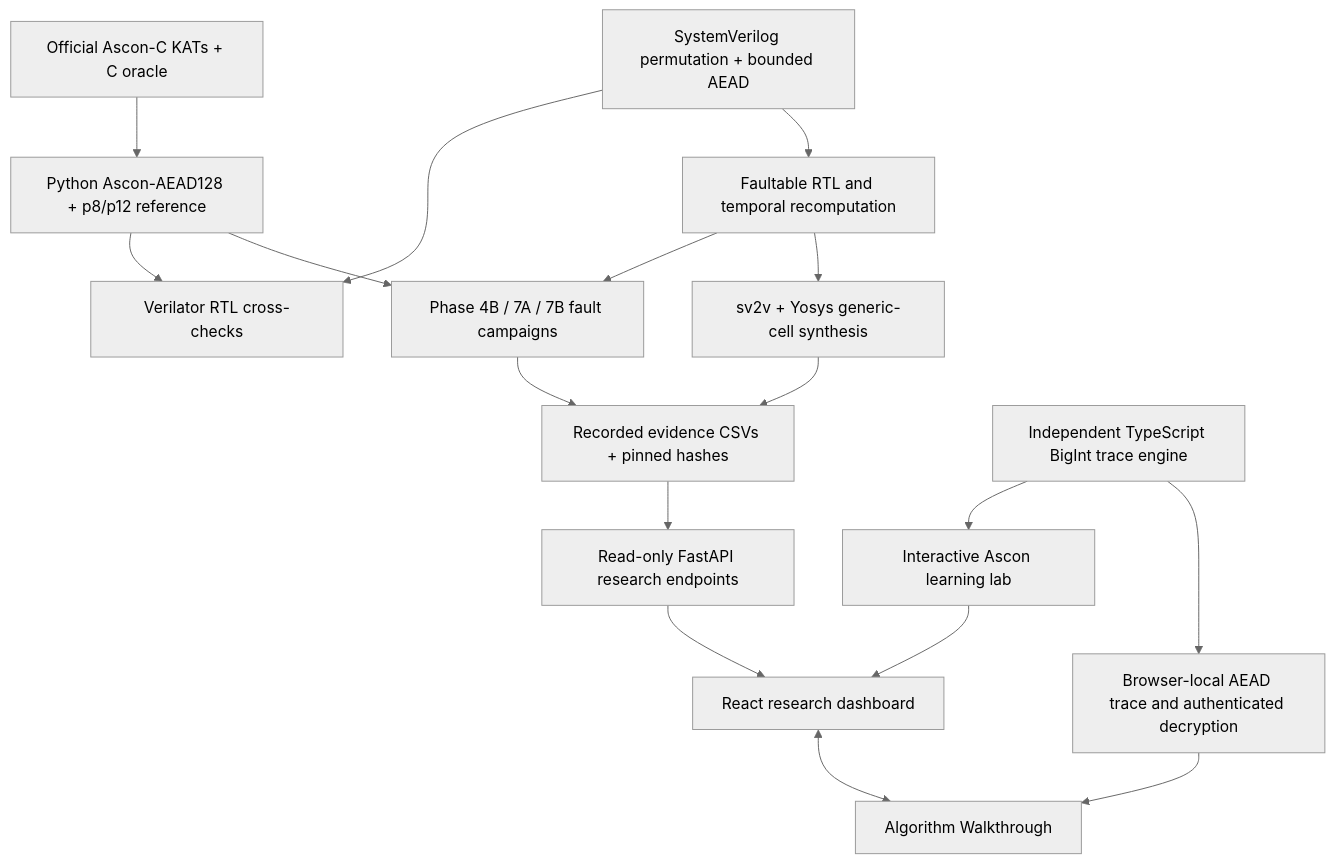
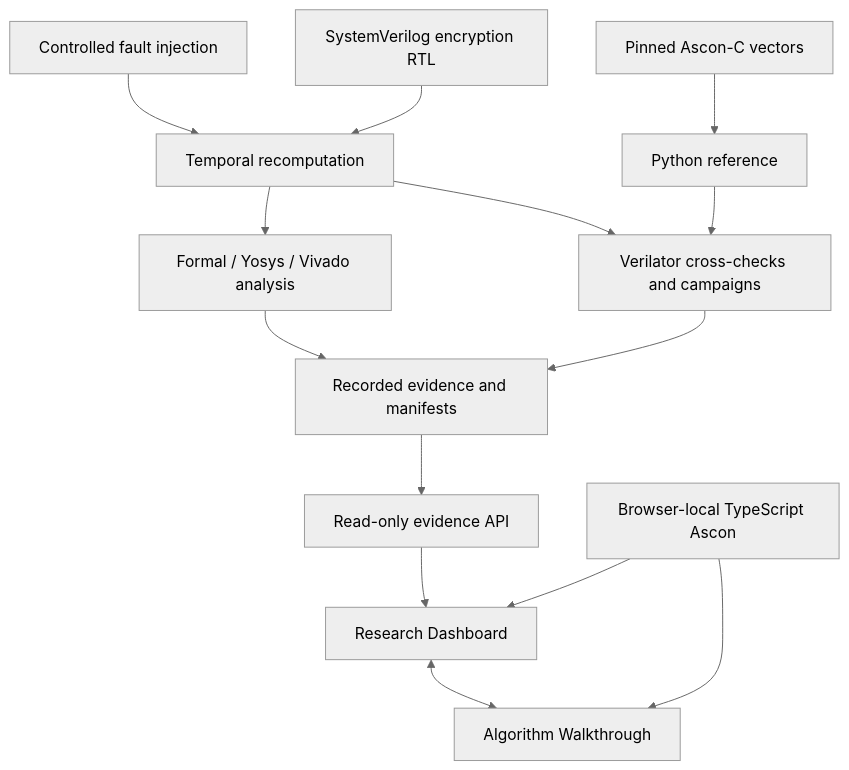
The diagram in README.md (pm2m1/faultscope-ascon), drawn with Mermaid (neutral theme) before and after one commit. The commit also changed other lines of this file, not shown here.

````diff
--- a/README.md
+++ b/README.md
@@ -145,19 +27,16 @@
 ```mermaid
 flowchart TD
-    K[Official Ascon-C KATs + C oracle] --> P[Python Ascon-AEAD128 + p8/p12 reference]
-    P --> V[Verilator RTL cross-checks]
-    H[SystemVerilog permutation + bounded AEAD] --> V
-    H --> F[Faultable RTL and temporal recomputation]
-    F --> C[Phase 4B / 7A / 7B fault campaigns]
-    P --> C
-    F --> Y[sv2v + Yosys generic-cell synthesis]
-    C --> E[Recorded evidence CSVs + pinned hashes]
-    Y --> E
-    E --> API[Read-only FastAPI research endpoints]
-    API --> UI[React research dashboard]
-    T[Independent TypeScript BigInt trace engine] --> LAB[Interactive Ascon learning lab]
-    LAB --> UI
-    T --> AEAD[Browser-local AEAD trace and authenticated decryption]
-    AEAD --> WALK[Algorithm Walkthrough]
-    UI <--> WALK
+    K["Pinned Ascon-C vectors"] --> P["Python reference"]
+    R["SystemVerilog encryption RTL"] --> T["Temporal recomputation"]
+    F["Controlled fault injection"] --> T
+    P --> V["Verilator cross-checks and campaigns"]
+    T --> V
+    T --> H["Formal / Yosys / Vivado analysis"]
+    V --> E["Recorded evidence and manifests"]
+    H --> E
+    E --> A["Read-only evidence API"]
+    A --> D["Research Dashboard"]
+    B["Browser-local TypeScript Ascon"] --> W["Algorithm Walkthrough"]
+    B --> D
+    D <--> W
 ```
````
